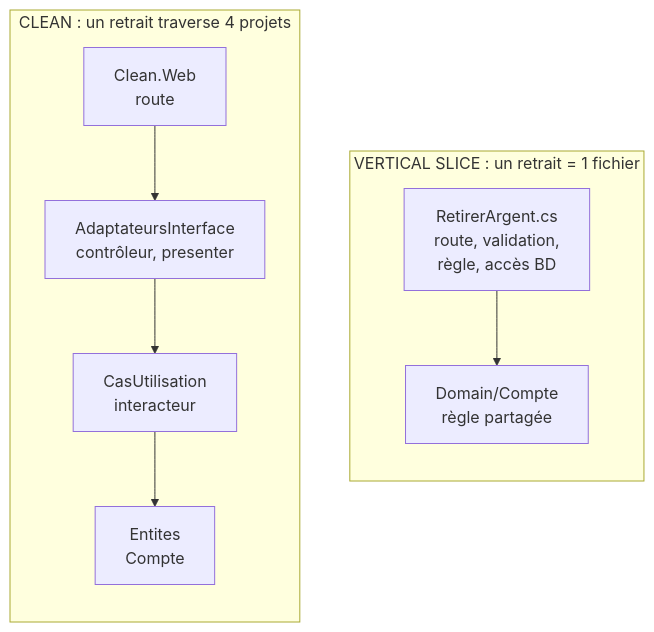
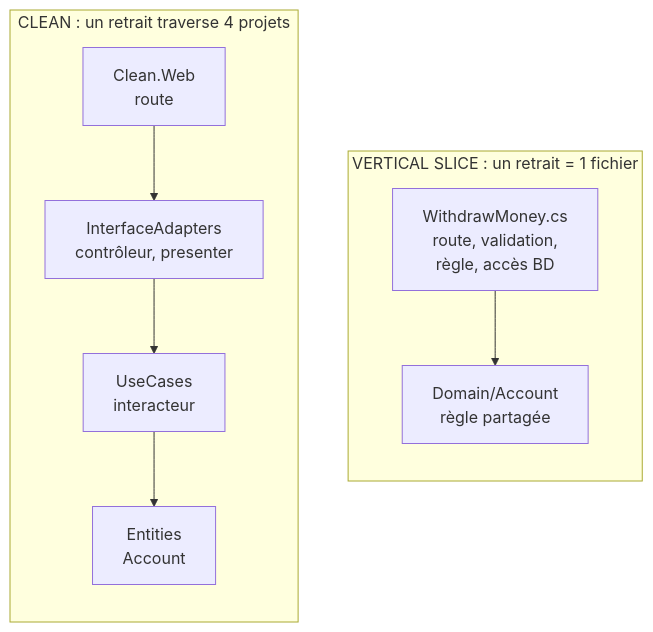
Before and after one commit to drangoht/ArchitecturesDemo: the diagram in Docs/differences/04-clean-vs-vertical-slice.md, drawn with Mermaid. The commit also changed other lines of this file and 70 other files, not shown here.

Commit message:
Docs FR : identifiants, liens, diagrammes et sorties alignés sur le code anglais

````diff
--- a/Docs/differences/04-clean-vs-vertical-slice.md
+++ b/Docs/differences/04-clean-vs-vertical-slice.md
@@ -35,12 +35,12 @@
 ```mermaid
 flowchart LR
     subgraph C["CLEAN : un retrait traverse 4 projets"]
         direction TB
-        W["Clean.Web<br/>route"] --> A["AdaptateursInterface<br/>contrôleur, presenter"] --> U["CasUtilisation<br/>interacteur"] --> E["Entites<br/>Compte"]
+        W["Clean.Web<br/>route"] --> A["InterfaceAdapters<br/>contrôleur, presenter"] --> U["UseCases<br/>interacteur"] --> E["Entities<br/>Account"]
     end
     subgraph V["VERTICAL SLICE : un retrait = 1 fichier"]
         direction TB
-        R["RetirerArgent.cs<br/>route, validation,<br/>règle, accès BD"] --> D["Domain/Compte<br/>règle partagée"]
+        R["WithdrawMoney.cs<br/>route, validation,<br/>règle, accès BD"] --> D["Domain/Account<br/>règle partagée"]
     end
     C ~~~ V
 ```
````
